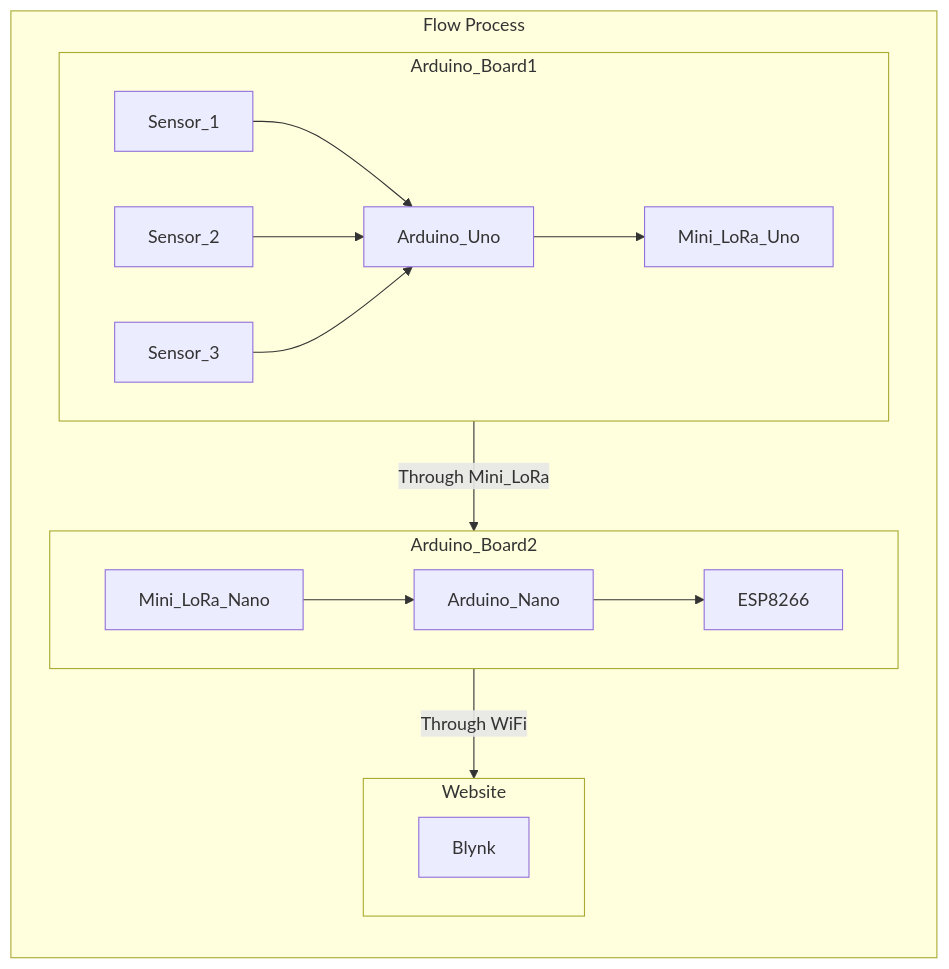
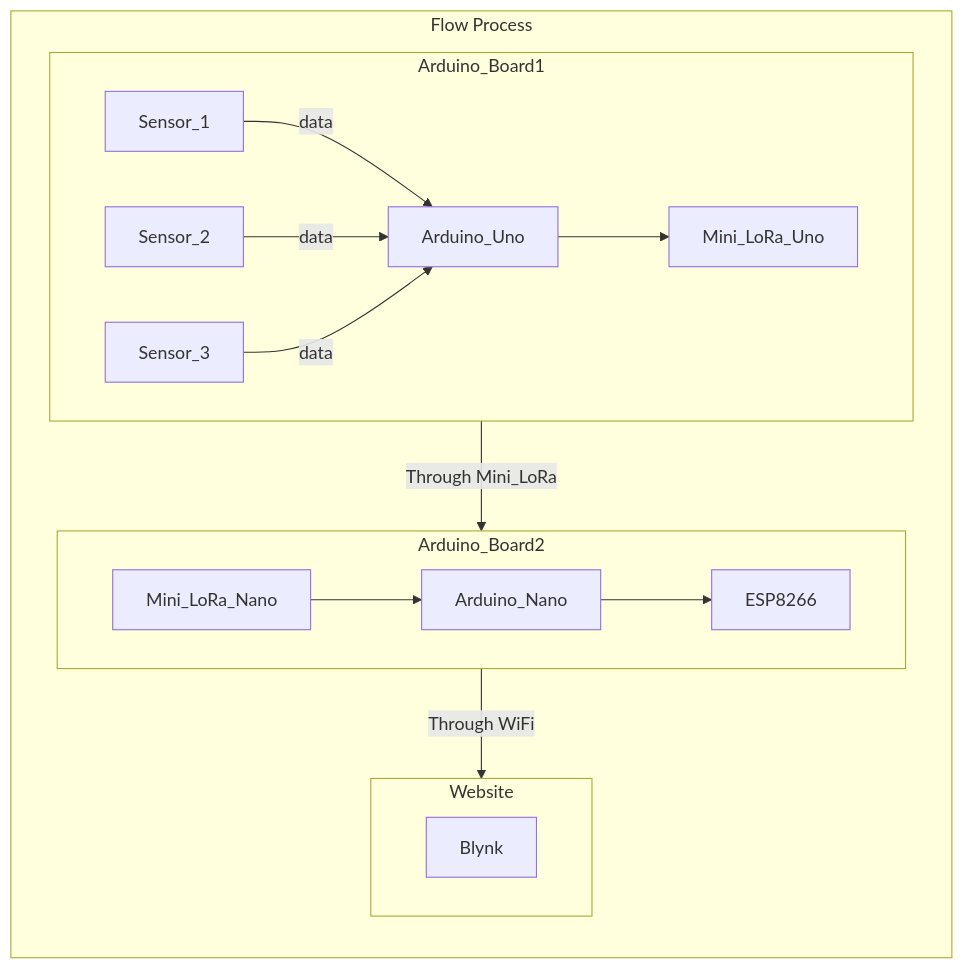
Before and after one commit to william60302/IoT_Team2: the diagram in README.md, drawn with Mermaid.

````diff
--- a/README.md
+++ b/README.md
@@ -35,24 +35,24 @@
 ```mermaid
 flowchart TB
   subgraph Flow Process
     direction TB
     subgraph Arduino_Board1
         direction LR
-        Sensor_1 --> Arduino_Uno
-        Sensor_2 --> Arduino_Uno
-        Sensor_3 --> Arduino_Uno
+        Sensor_1 -- data --> Arduino_Uno
+        Sensor_2 -- data --> Arduino_Uno
+        Sensor_3 -- data --> Arduino_Uno
         Arduino_Uno --> Mini_LoRa_Uno
     end
     subgraph Arduino_Board2
         direction LR
         Mini_LoRa_Nano --> Arduino_Nano --> ESP8266
     end
     subgraph Website
         direction LR
         Blynk
     end
   end
   Arduino_Board1-- Through Mini_LoRa --> Arduino_Board2
   Arduino_Board2-- Through WiFi --> Website 
 
 ```
````
